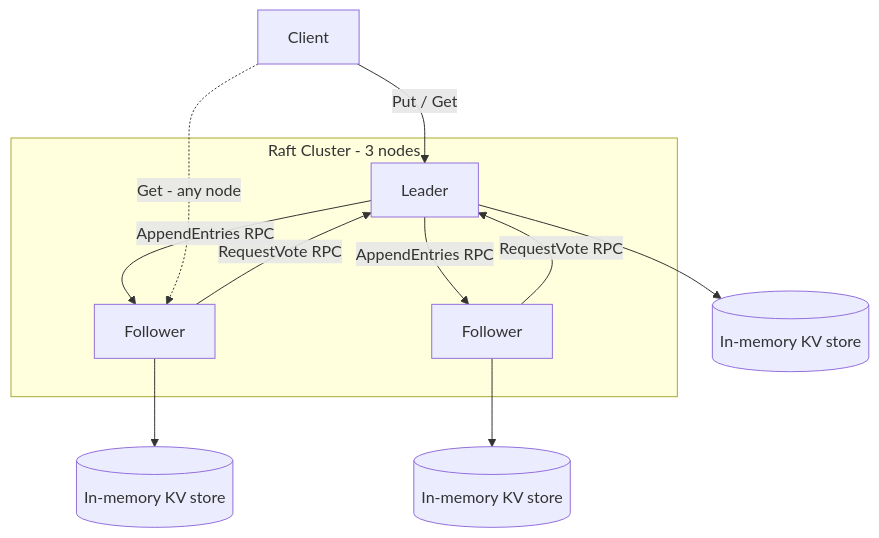
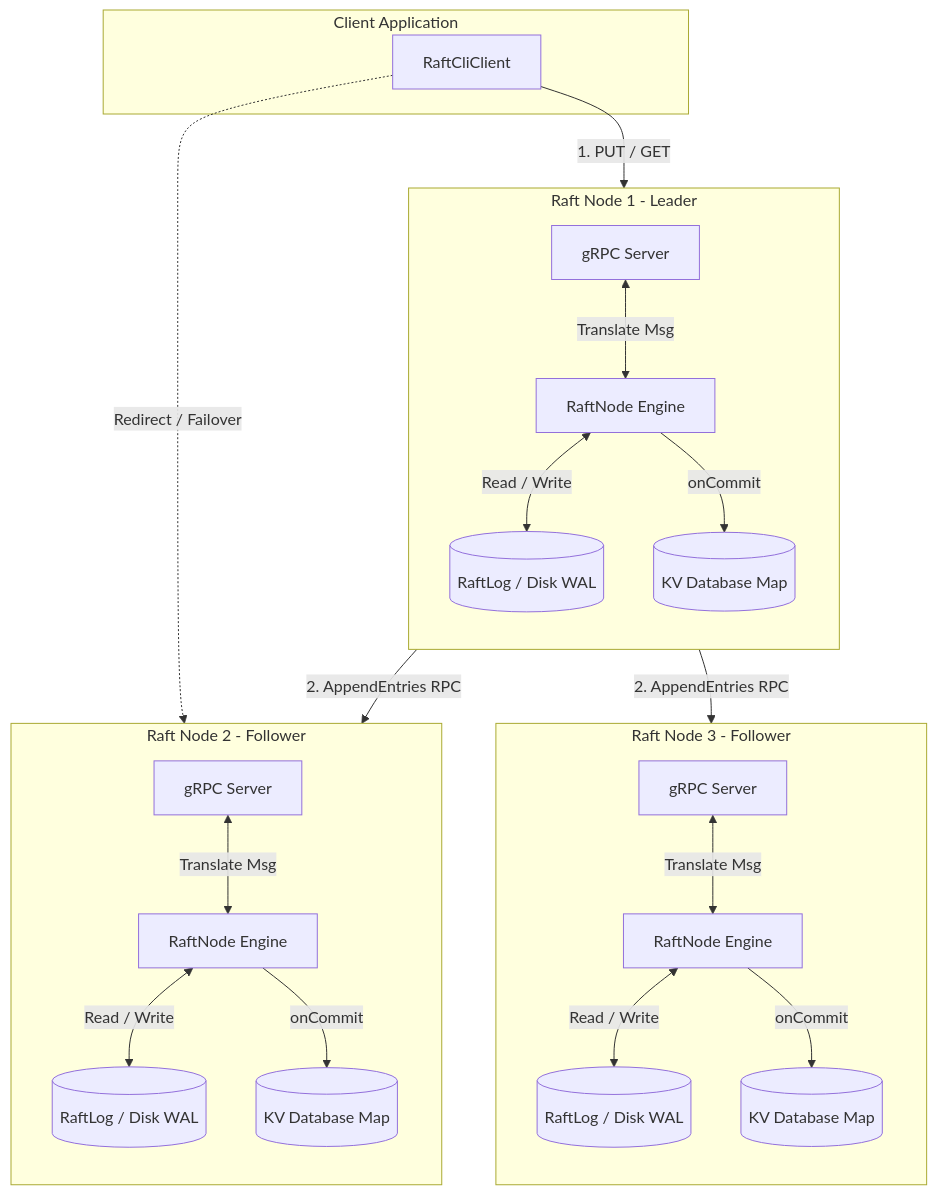
One commit to Suhail-Sharieff/PROJECT--RaftKV changed the diagram in README.md. Above: the diagram before and after it, drawn with Mermaid. The commit also changed other lines of this file, not shown here.

Commit message:
upd arch

````diff
--- a/README.md
+++ b/README.md
@@ -12,19 +15,48 @@
 ```mermaid
 flowchart TB
-    subgraph cluster [Raft Cluster - 3 nodes]
-        L[Leader]
-        F1[Follower]
-        F2[Follower]
-        L -->|AppendEntries RPC| F1
-        L -->|AppendEntries RPC| F2
-        F1 -->|RequestVote RPC| L
-        F2 -->|RequestVote RPC| L
+    subgraph ClientSpace [Client Application]
+        Client[RaftCliClient]
     end
 
-    C[Client] -->|Put / Get| L
-    C -.->|Get - any node| F1
+    subgraph Node1 [Raft Node 1 - Leader]
+        direction TB
+        Server1[gRPC Server]
+        Core1[RaftNode Engine]
+        Log1[(RaftLog / Disk WAL)]
+        DB1[(KV Database Map)]
+        
+        Server1 <-->|Translate Msg| Core1
+        Core1 <-->|Read / Write| Log1
+        Core1 -->|onCommit| DB1
+    end
 
-    L --> KV1[(In-memory KV store)]
-    F1 --> KV2[(In-memory KV store)]
-    F2 --> KV3[(In-memory KV store)]
+    subgraph Node2 [Raft Node 2 - Follower]
+        direction TB
+        Server2[gRPC Server]
+        Core2[RaftNode Engine]
+        Log2[(RaftLog / Disk WAL)]
+        DB2[(KV Database Map)]
+        
+        Server2 <-->|Translate Msg| Core2
+        Core2 <-->|Read / Write| Log2
+        Core2 -->|onCommit| DB2
+    end
+
+    subgraph Node3 [Raft Node 3 - Follower]
+        direction TB
+        Server3[gRPC Server]
+        Core3[RaftNode Engine]
+        Log3[(RaftLog / Disk WAL)]
+        DB3[(KV Database Map)]
+        
+        Server3 <-->|Translate Msg| Core3
+        Core3 <-->|Read / Write| Log3
+        Core3 -->|onCommit| DB3
+    end
+
+    Client -->|1. PUT / GET| Server1
+    Client -.->|Redirect / Failover| Server2
+    
+    Core1 -->|2. AppendEntries RPC| Server2
+    Core1 -->|2. AppendEntries RPC| Server3
 ```
````
